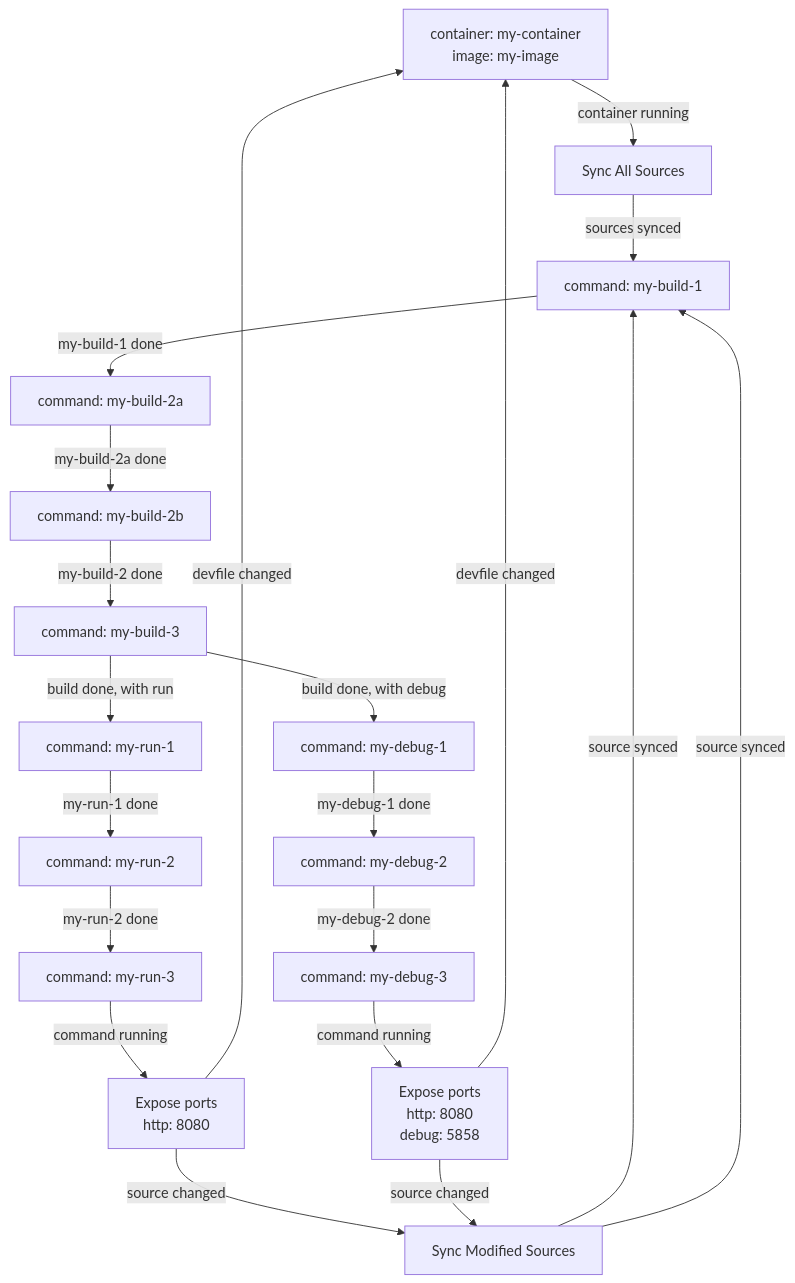
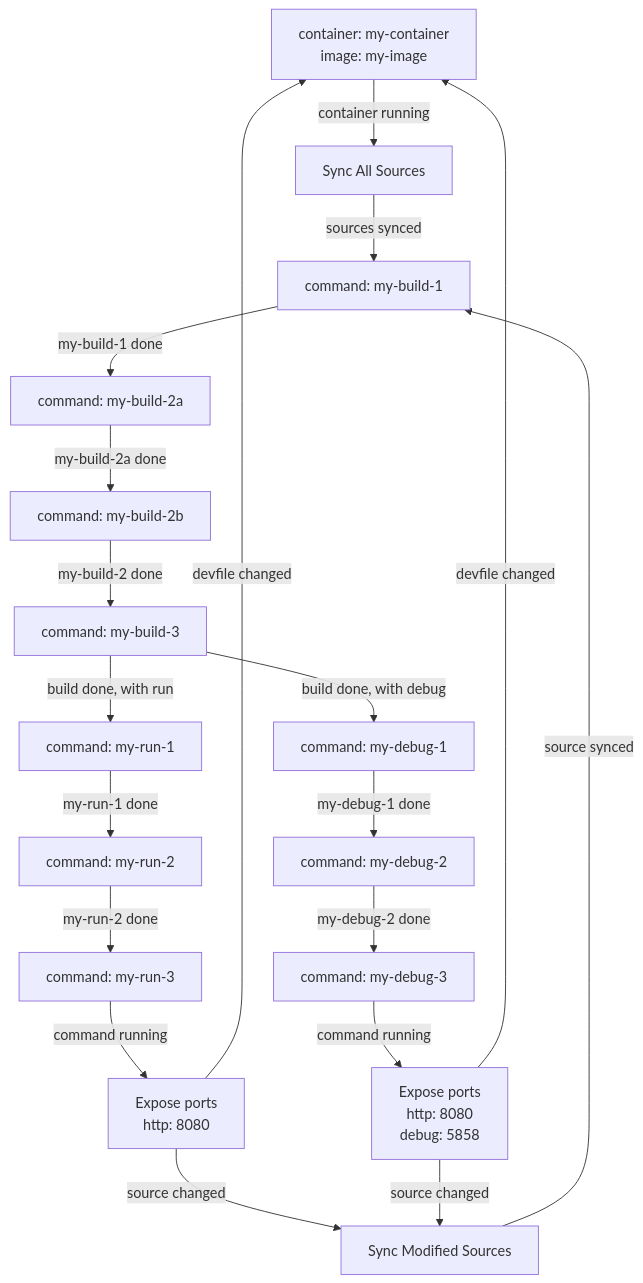
Before and after one commit to feloy/devfile-lifecycle: the diagram in pkg/graph/graphs/container-composite-build-run-debug.md, drawn with Mermaid. The commit also changed 2 other files, not shown here.

Commit message:
Fix: single "source synced" edge when run+debug

````diff
--- a/pkg/graph/graphs/container-composite-build-run-debug.md
+++ b/pkg/graph/graphs/container-composite-build-run-debug.md
@@ -1,37 +1,36 @@
 ```mermaid
 graph TB
 my-container["container: my-container<br/>image: my-image"]
 my-build-1["command: my-build-1"]
 my-build-2a["command: my-build-2a"]
 my-build-2b["command: my-build-2b"]
 my-build-3["command: my-build-3"]
 my-container-my-debug-1-expose["Expose ports<br/>http: 8080<br/>debug: 5858"]
 my-container-my-run-1-expose["Expose ports<br/>http: 8080"]
 my-debug-1["command: my-debug-1"]
 my-debug-2["command: my-debug-2"]
 my-debug-3["command: my-debug-3"]
 my-run-1["command: my-run-1"]
 my-run-2["command: my-run-2"]
 my-run-3["command: my-run-3"]
 sync-all-my-container["Sync All Sources"]
 sync-modified-my-container["Sync Modified Sources"]
 my-container -->|"container running"| sync-all-my-container
 sync-all-my-container -->|"sources synced"| my-build-1
 my-build-1 -->|"my-build-1 done"| my-build-2a
 my-build-2a -->|"my-build-2a done"| my-build-2b
 my-build-2b -->|"my-build-2 done"| my-build-3
 my-build-3 -->|"build done, with run"| my-run-1
 my-run-1 -->|"my-run-1 done"| my-run-2
 my-run-2 -->|"my-run-2 done"| my-run-3
 my-run-3 -->|"command running"| my-container-my-run-1-expose
 my-container-my-run-1-expose -->|"source changed"| sync-modified-my-container
 sync-modified-my-container -->|"source synced"| my-build-1
 my-container-my-run-1-expose -->|"devfile changed"| my-container
 my-build-3 -->|"build done, with debug"| my-debug-1
 my-debug-1 -->|"my-debug-1 done"| my-debug-2
 my-debug-2 -->|"my-debug-2 done"| my-debug-3
 my-debug-3 -->|"command running"| my-container-my-debug-1-expose
 my-container-my-debug-1-expose -->|"source changed"| sync-modified-my-container
-sync-modified-my-container -->|"source synced"| my-build-1
 my-container-my-debug-1-expose -->|"devfile changed"| my-container
 ```
````
